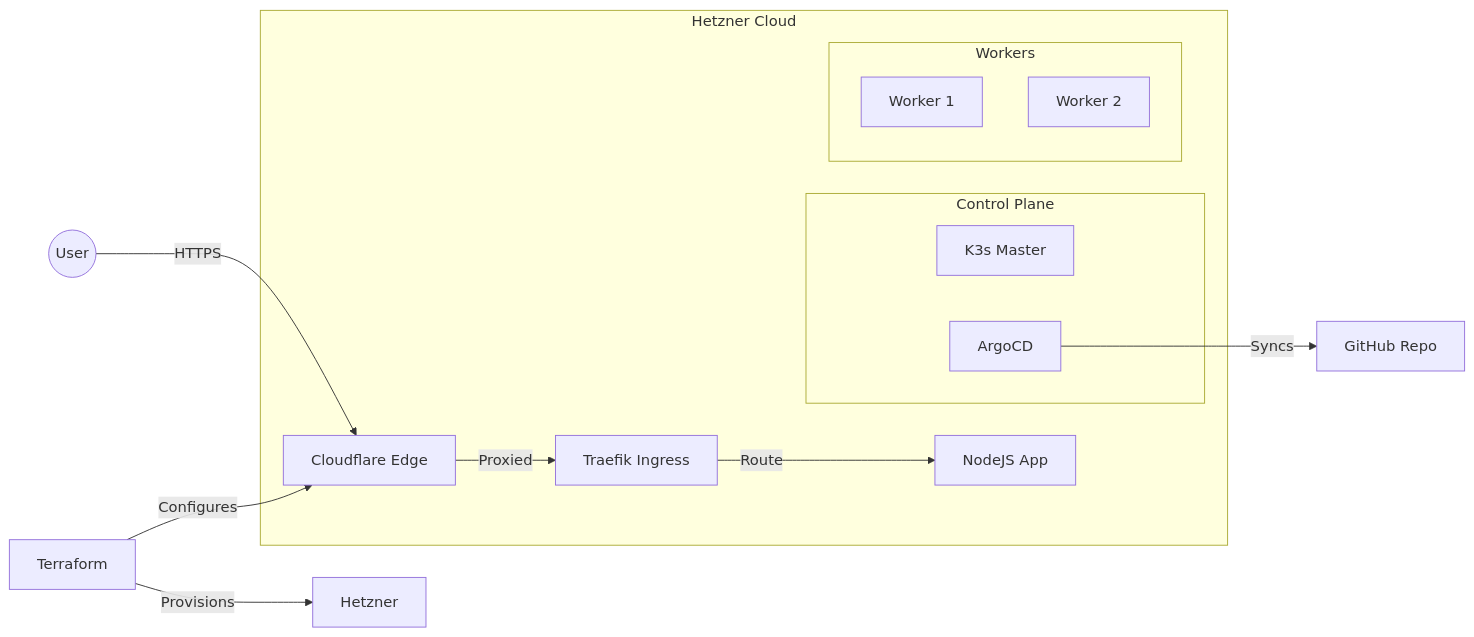
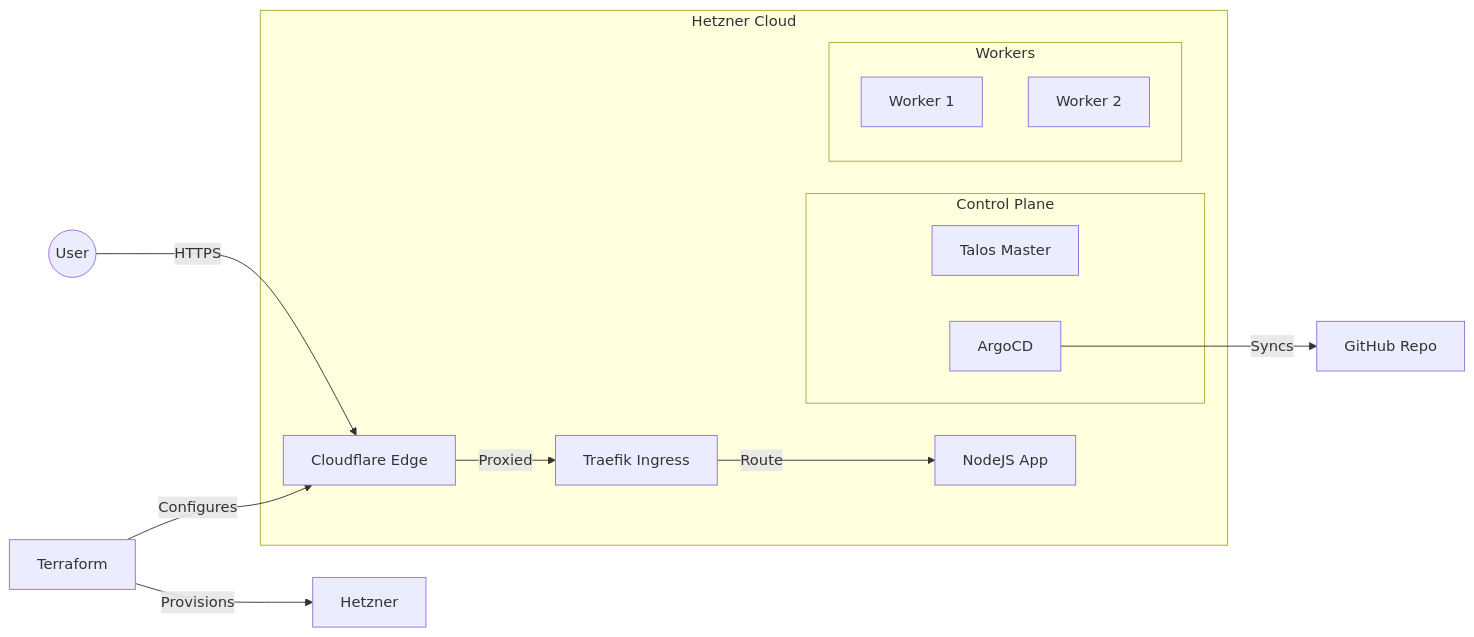
One commit to didiberman/terraform-k8s-argocd-cicd-pipeline changed the diagram in README.md. Above: the diagram before and after it, drawn with Mermaid. The commit also changed other lines of this file and 11 other files, not shown here.

````diff
--- a/README.md
+++ b/README.md
@@ -25,22 +26,22 @@
 ```mermaid
 flowchart LR
     user((User)) -->|HTTPS| cf[Cloudflare Edge]
     subgraph Hetzner Cloud
         cf -->|Proxied| ingress[Traefik Ingress]
         ingress -->|Route| svc[NodeJS App]
         
         subgraph Control Plane
-            k3s[K3s Master]
+            k3s[Talos Master]
             argo[ArgoCD]
         end
         
         subgraph Workers
             w1[Worker 1]
             w2[Worker 2]
         end
     end
     
     argo -->|Syncs| repo[GitHub Repo]
     tf[Terraform] -->|Provisions| Hetzner
     tf -->|Configures| cf
 ```
````
